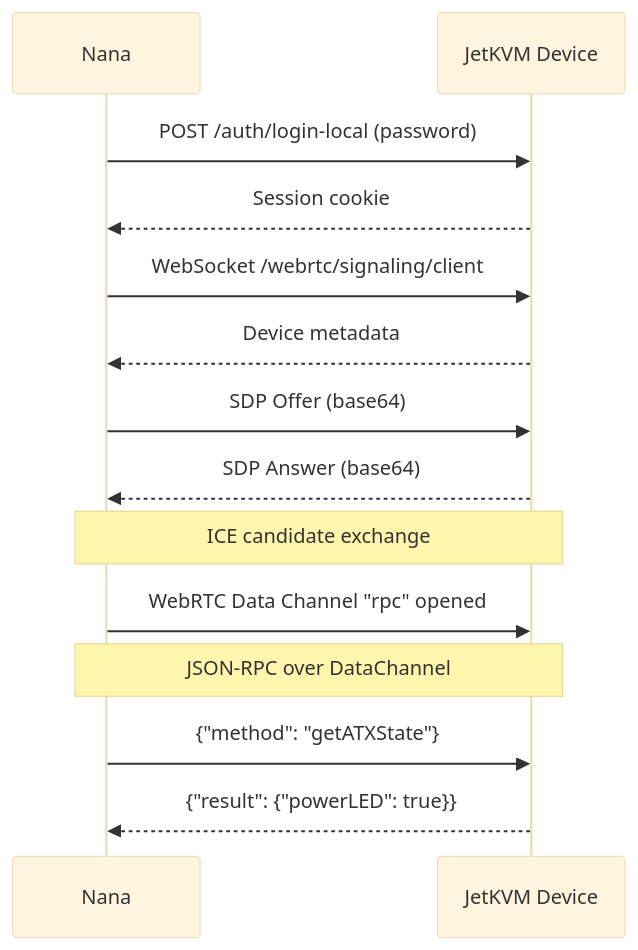
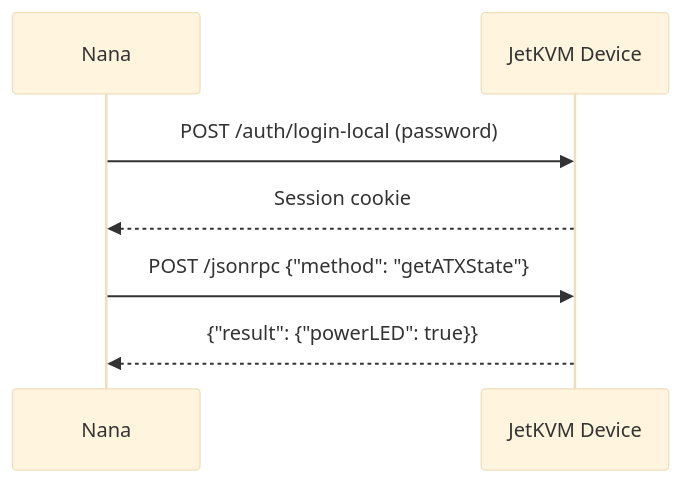
The fifth of 9 diagrams in README.md (tinkerbell-community/nana), drawn with Mermaid (base theme) before and after one commit. The commit also changed other lines of this file and 7 other files, not shown here.

````diff
--- a/README.md
+++ b/README.md
@@ -178,21 +178,11 @@
 ```mermaid
 sequenceDiagram
     participant N as Nana
     participant K as JetKVM Device
 
     N->>K: POST /auth/login-local (password)
     K-->>N: Session cookie
 
-    N->>K: WebSocket /webrtc/signaling/client
-    K-->>N: Device metadata
-
-    N->>K: SDP Offer (base64)
-    K-->>N: SDP Answer (base64)
-    Note over N,K: ICE candidate exchange
-
-    N->>K: WebRTC Data Channel "rpc" opened
-    Note over N,K: JSON-RPC over DataChannel
-
-    N->>K: {"method": "getATXState"}
+    N->>K: POST /jsonrpc {"method": "getATXState"}
     K-->>N: {"result": {"powerLED": true}}
 ```
````
